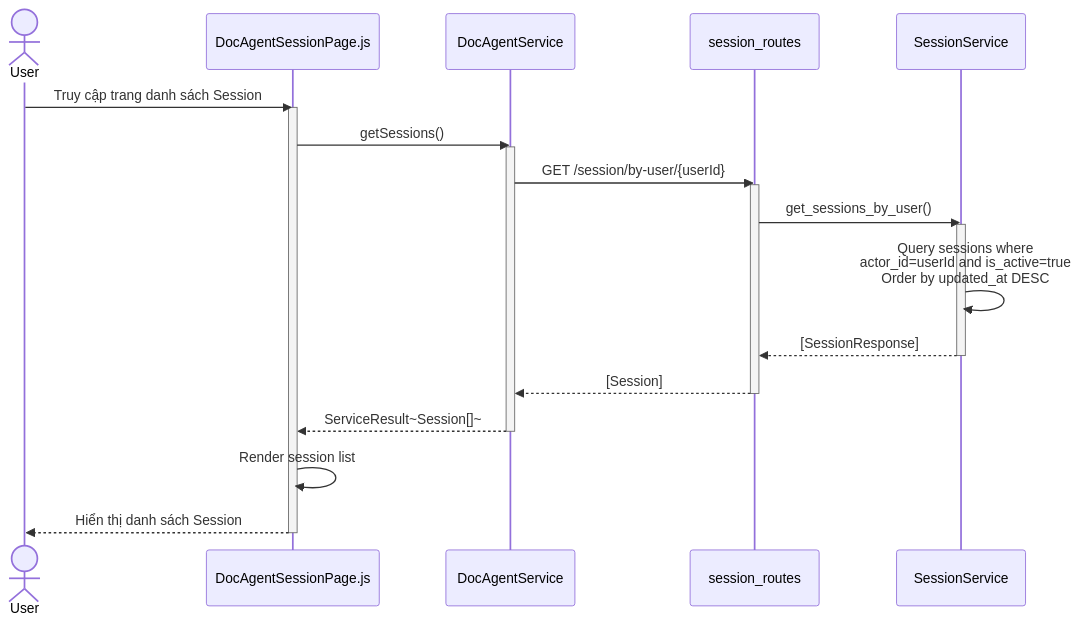
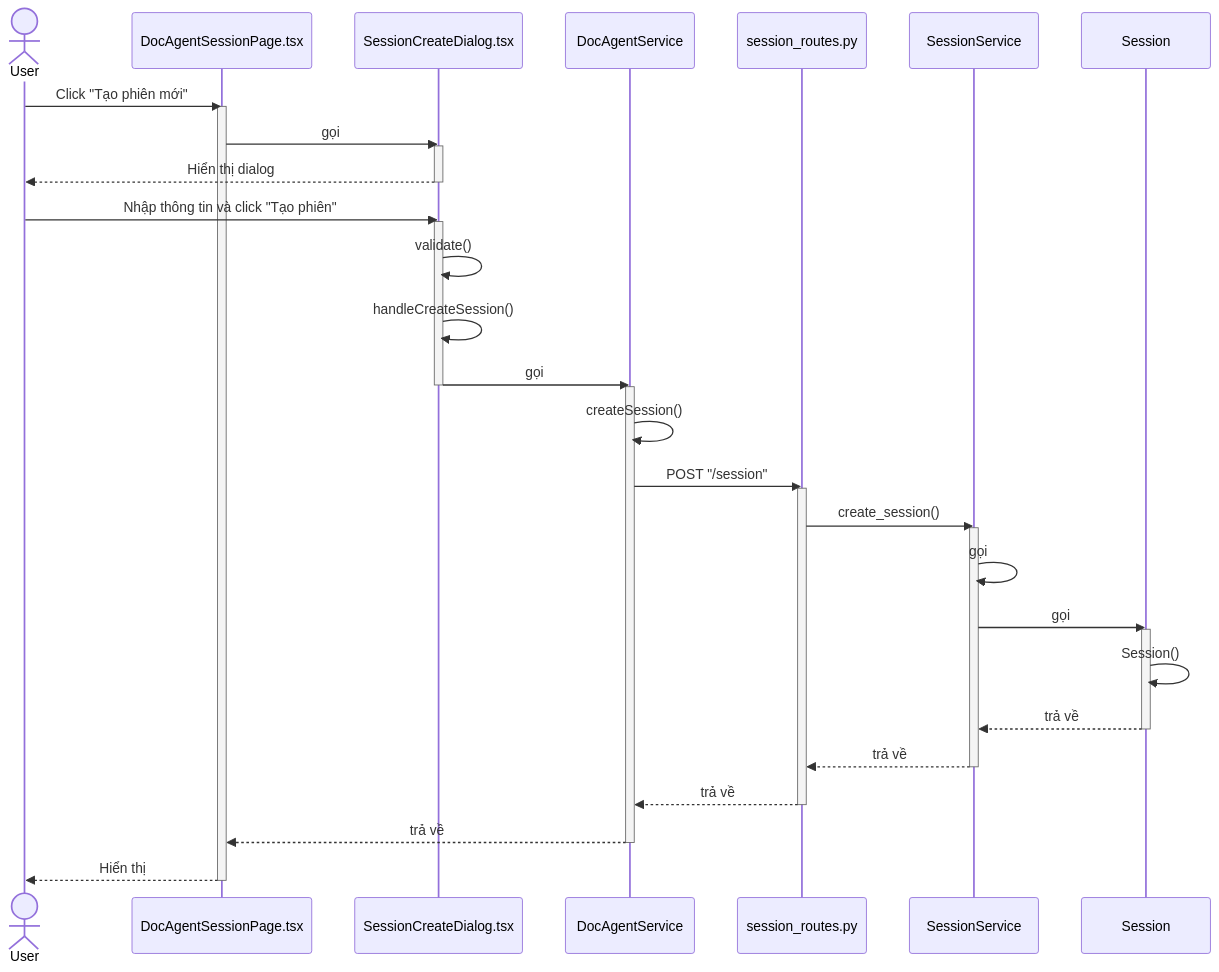
One commit to mduc-2610/gp_doc changed the first of 5 diagrams in session/4_session_management_seq.md. Above: the diagram before and after it, drawn with Mermaid. The commit also changed other lines of this file and 34 other files, not shown here.

````diff
--- a/session/4_session_management_seq.md
+++ b/session/4_session_management_seq.md
@@ -5,35 +5,54 @@
 ```mermaid
 sequenceDiagram
     actor User
-    participant DocAgentSessionPage as DocAgentSessionPage.js
+    participant DocAgentSessionPage as DocAgentSessionPage.tsx
+    participant SessionCreateDialog as SessionCreateDialog.tsx
     participant DocAgentService as DocAgentService
-    participant SessionRoutes as session_routes
+    participant SessionRoutes as session_routes.py
     participant SessionService as SessionService
+    participant Session as Session
 
-    User->>DocAgentSessionPage: Truy cập trang danh sách Session
+    User->>DocAgentSessionPage: Click "Tạo phiên mới"
     activate DocAgentSessionPage
     
-    DocAgentSessionPage->>DocAgentService: getSessions()
+    DocAgentSessionPage->>SessionCreateDialog: gọi
+    activate SessionCreateDialog
+    SessionCreateDialog-->>User: Hiển thị dialog
+    deactivate SessionCreateDialog
+    
+    User->>SessionCreateDialog: Nhập thông tin và click "Tạo phiên"
+    activate SessionCreateDialog
+    SessionCreateDialog->>SessionCreateDialog: validate()
+    SessionCreateDialog->>SessionCreateDialog: handleCreateSession()
+    
+    SessionCreateDialog->>DocAgentService: gọi
+    deactivate SessionCreateDialog
     activate DocAgentService
     
-    DocAgentService->>SessionRoutes: GET /session/by-user/{userId}
+    DocAgentService->>DocAgentService: createSession()
+    DocAgentService->>SessionRoutes: POST "/session"
     activate SessionRoutes
     
-    SessionRoutes->>SessionService: get_sessions_by_user()
+    SessionRoutes->>SessionService: create_session()
     activate SessionService
     
-    SessionService->>SessionService: Query sessions where<br/>actor_id=userId and is_active=true<br/>Order by updated_at DESC
+    SessionService->>SessionService: gọi
+    SessionService->>Session: gọi
+    activate Session
     
-    SessionService-->>SessionRoutes: [SessionResponse]
+    Session->>Session: Session()
+    Session-->>SessionService: trả về
+    deactivate Session
+    
+    SessionService-->>SessionRoutes: trả về
     deactivate SessionService
     
-    SessionRoutes-->>DocAgentService: [Session]
+    SessionRoutes-->>DocAgentService: trả về
     deactivate SessionRoutes
     
-    DocAgentService-->>DocAgentSessionPage: ServiceResult~Session[]~
+    DocAgentService-->>DocAgentSessionPage: trả về
     deactivate DocAgentService
     
-    DocAgentSessionPage->>DocAgentSessionPage: Render session list
-    DocAgentSessionPage-->>User: Hiển thị danh sách Session
+    DocAgentSessionPage-->>User: Hiển thị
     deactivate DocAgentSessionPage
 ```
````
